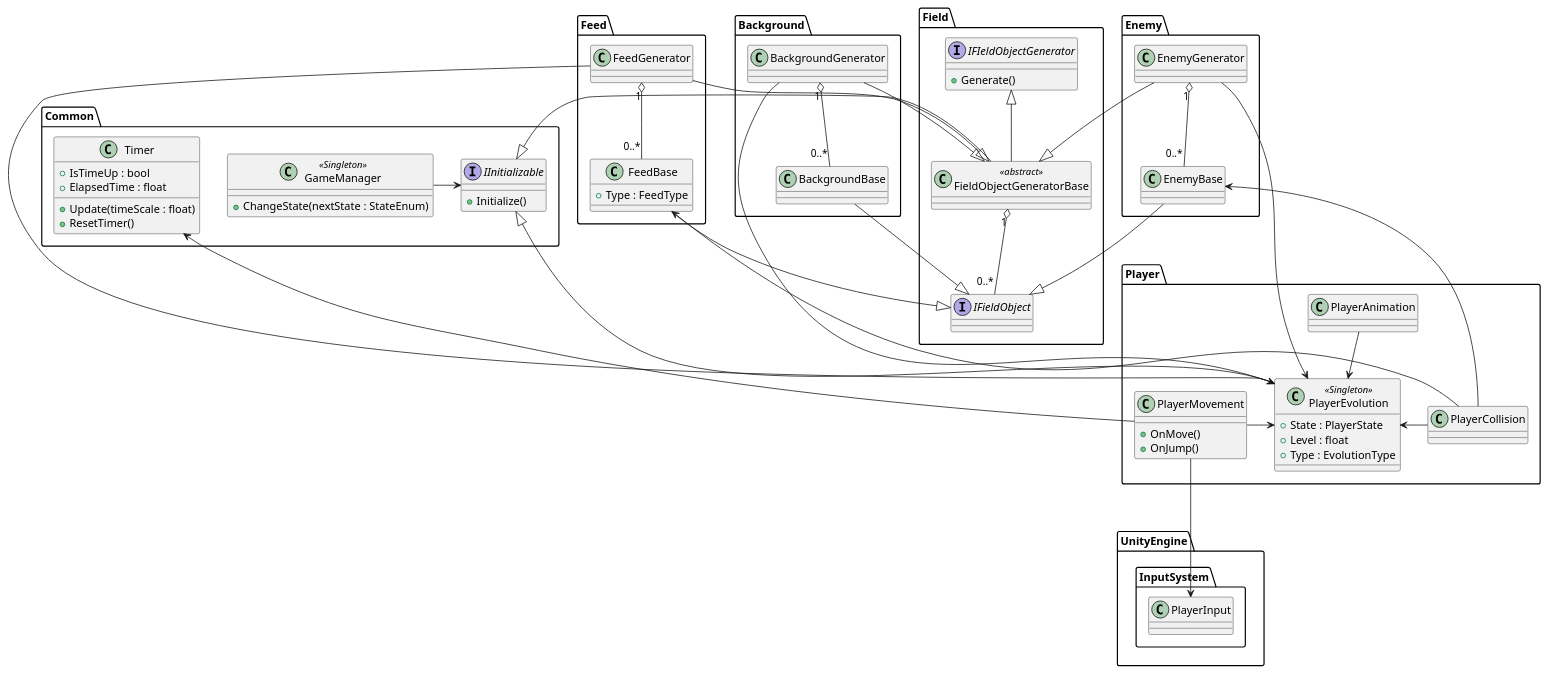
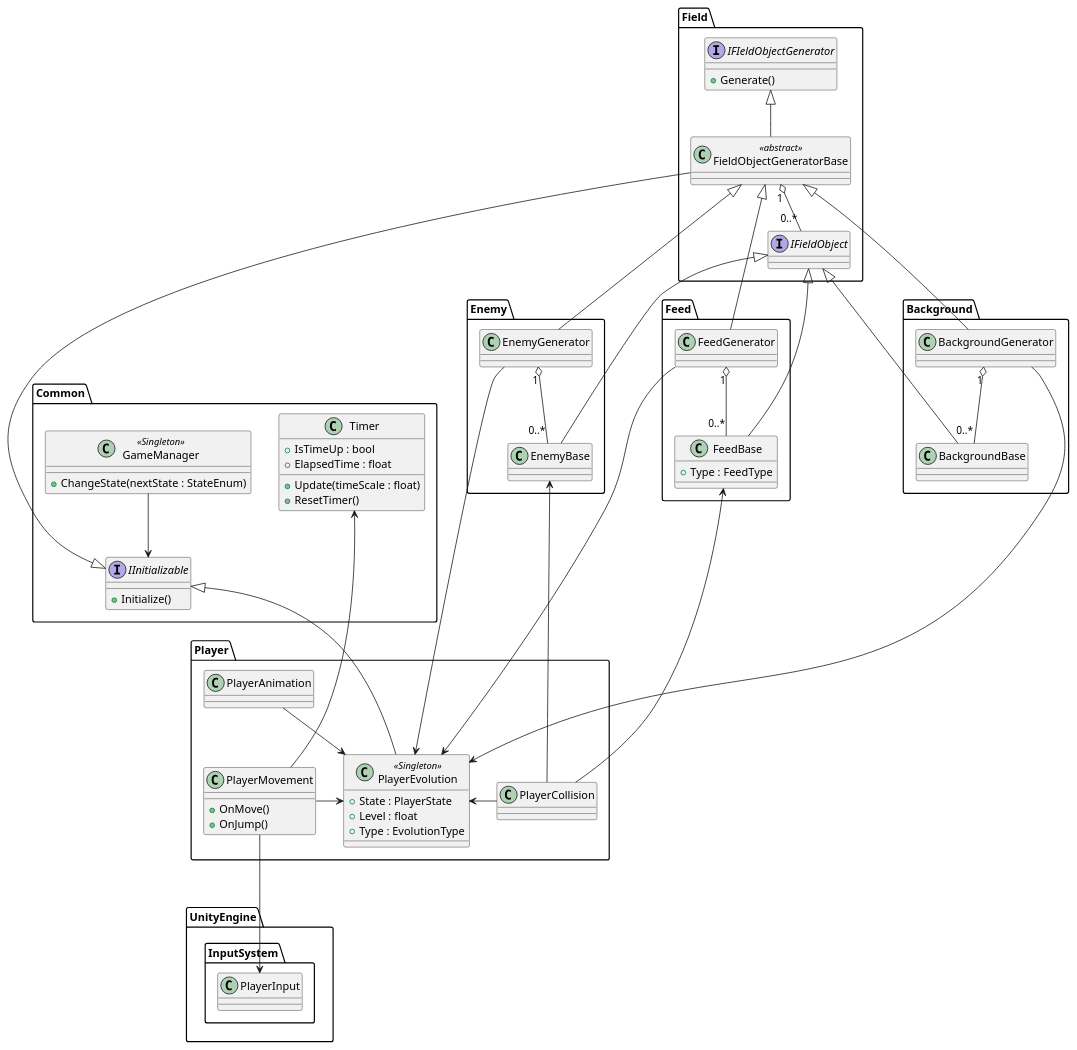
The diagram in UML/Game.pu (Donguri-AcornSloth/GGJTUT23Team4), drawn with PlantUML before and after one commit.

Commit message:
クラス図の線がごちゃついていて見づらかったので調整。

```diff
--- a/UML/Game.pu
+++ b/UML/Game.pu
@@ -1,116 +1,116 @@
 @startuml Game
 
 ' InputSystem
 package UnityEngine.InputSystem {
     class PlayerInput
 }
 
 ' ゲーム共通
 package Common {
     class GameManager <<Singleton>> {
         + ChangeState(nextState : StateEnum)
     }
 
     interface IInitializable {
         + Initialize()
     }
 
-    GameManager -> IInitializable
+    GameManager --> IInitializable
 
     class Timer {
         + IsTimeUp : bool
         + ElapsedTime : float
 
         + Update(timeScale : float)
         + ResetTimer()
     }
 }
 ' プレイヤー
 package Player {
     class PlayerEvolution <<Singleton>> {
         + State : PlayerState
         + Level : float
         + Type : EvolutionType
     }
     IInitializable <|--- PlayerEvolution
 
     class PlayerMovement {
         + OnMove()
         + OnJump()
     }
 
     PlayerMovement -> PlayerEvolution
     PlayerMovement ---> PlayerInput
-    PlayerMovement ---> Timer
+    Timer <--- PlayerMovement
 
     class PlayerAnimation {
     }
 
     PlayerAnimation --> PlayerEvolution
 
     class PlayerCollision {
     }
 
     PlayerCollision -> PlayerEvolution
 }
 
 ' フィールド共通
 package Field {
     interface IFieldObject {
     }
     interface IFIeldObjectGenerator {
         + Generate()
     }
 
     class FieldObjectGeneratorBase <<abstract>> {
     }
     IFIeldObjectGenerator <|-- FieldObjectGeneratorBase
-    IInitializable <|--- FieldObjectGeneratorBase
+    FieldObjectGeneratorBase -----|> IInitializable
 
     FieldObjectGeneratorBase "1" o-- "0..*" IFieldObject
 }
 
 ' 敵
 package Enemy {
     class EnemyBase {
     }
     EnemyBase --|> IFieldObject
 
     class EnemyGenerator {
     }
     FieldObjectGeneratorBase <|--- EnemyGenerator
     EnemyGenerator "1" o-- "0..*" EnemyBase
     EnemyGenerator ----> PlayerEvolution
 }
 
 ' 餌
 package Feed {
     class FeedBase {
         + Type : FeedType
     }
     FeedBase --|> IFieldObject
 
     class FeedGenerator {
     }
     FieldObjectGeneratorBase <|--- FeedGenerator
     FeedGenerator "1" o-- "0..*" FeedBase
     FeedGenerator ----> PlayerEvolution
 }
 
 ' 背景・その他飾り
 package Background {
     class BackgroundBase {
     }
     BackgroundBase --|> IFieldObject
 
     class BackgroundGenerator {
     }
     FieldObjectGeneratorBase <|--- BackgroundGenerator
     BackgroundGenerator "1" o-- "0..*" BackgroundBase
     BackgroundGenerator ----> PlayerEvolution
 }
 
 FeedBase <-- PlayerCollision
 EnemyBase <-- PlayerCollision
 
 @enduml
```
